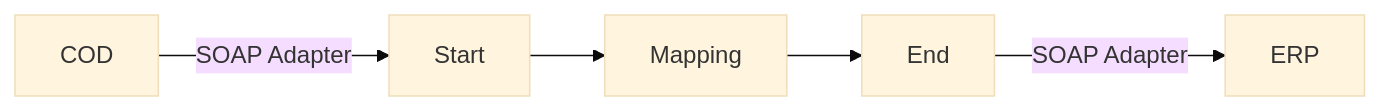
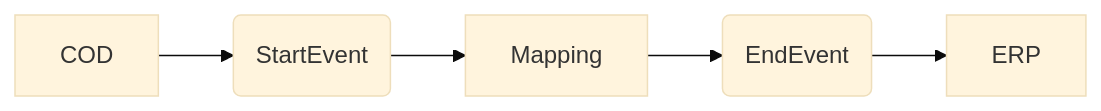
Before and after one commit to Avvale-IA-CICD/AvvaleCPI: the diagram in REPSOL - Demo IA Docs/Check_Connectivity_to_SAP_Business_Suite_-_REPSOL/1.0.4/readme.md, drawn with Mermaid (base theme). The commit also changed other lines of this file, not shown here.

````diff
--- a/REPSOL - Demo IA Docs/Check_Connectivity_to_SAP_Business_Suite_-_REPSOL/1.0.4/readme.md
+++ b/REPSOL - Demo IA Docs/Check_Connectivity_to_SAP_Business_Suite_-_REPSOL/1.0.4/readme.md
@@ -4,12 +4,9 @@
 ```mermaid
 graph LR
-    COD[COD]
-    ERP[ERP]
-    StartEvent[Start]
-    Mapping[Mapping]
-    EndEvent[End]
-    COD -- SOAP Adapter --> StartEvent
-    StartEvent --> Mapping
-    Mapping --> EndEvent
-    EndEvent -- SOAP Adapter --> ERP
+    COD[COD] --> StartEvent(StartEvent)
+    linkStyle 0 adapter-type:SOAP
+    StartEvent --> Mapping[Mapping]
+    Mapping --> EndEvent(EndEvent)
+    EndEvent --> ERP[ERP]
+    linkStyle 3 adapter-type:SOAP
 ```
````
